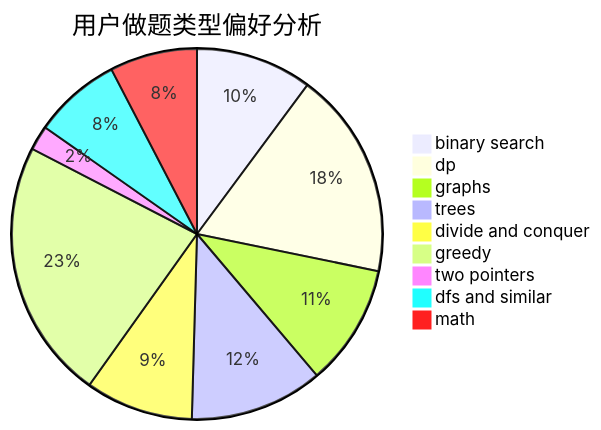
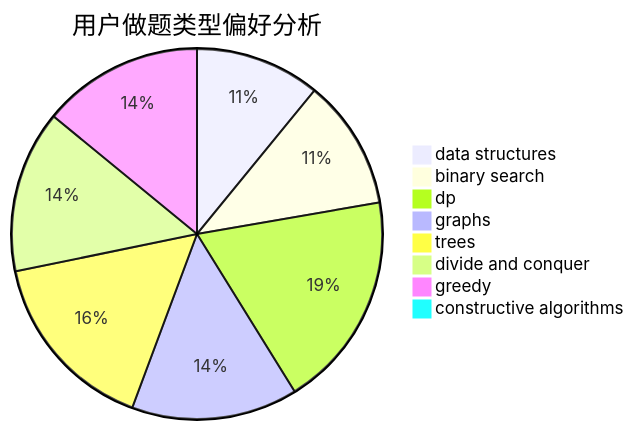
Before and after one commit to sherpahu/cfrs.github.io: the second of 3 diagrams in docs/user/u564.md, drawn with Mermaid. The commit also changed other lines of this file and 2775 other files, not shown here.

````diff
--- a/docs/user/u564.md
+++ b/docs/user/u564.md
@@ -23,12 +23,11 @@
 ```mermaid
 pie title 用户做题类型偏好分析
-    "binary search" :  137
-    "dp" :  244
-    "graphs" :  143
-    "trees" :  157
-    "divide and conquer" :  127
-    "greedy" :  307
-    "two pointers" :  29
-    "dfs and similar" :  103
-    "math" :  103
+    "data structures" :  97
+    "binary search" :  101
+    "dp" :  168
+    "graphs" :  129
+    "trees" :  143
+    "divide and conquer" :  126
+    "greedy" :  125
+    "constructive algorithms" :  7
 ```
````
